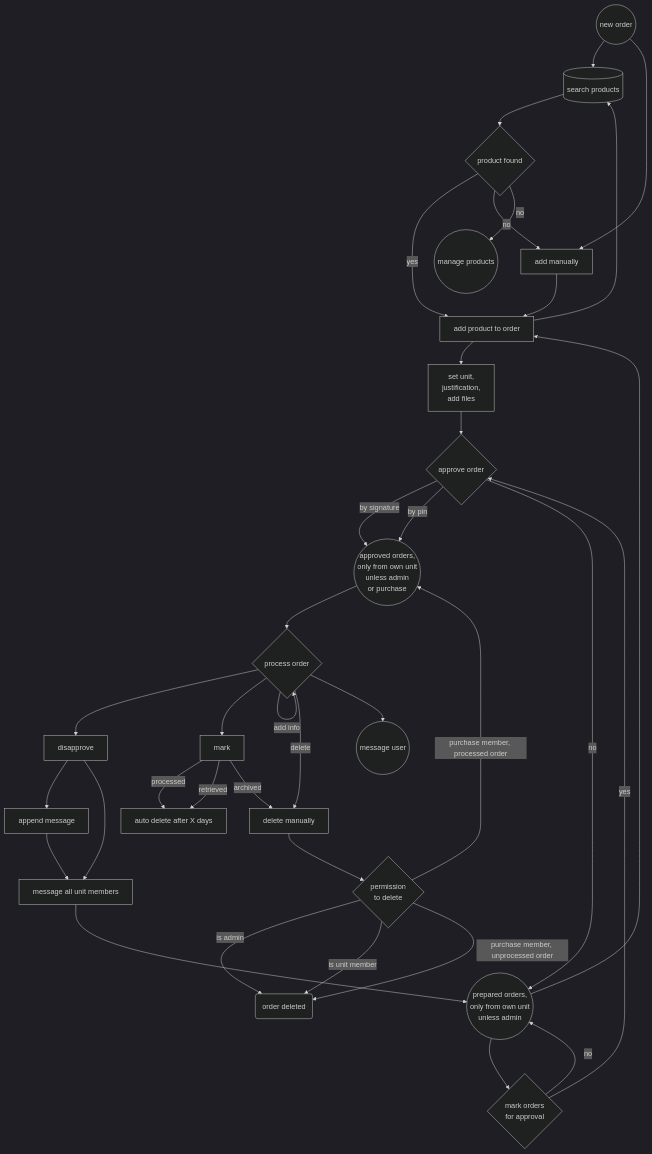
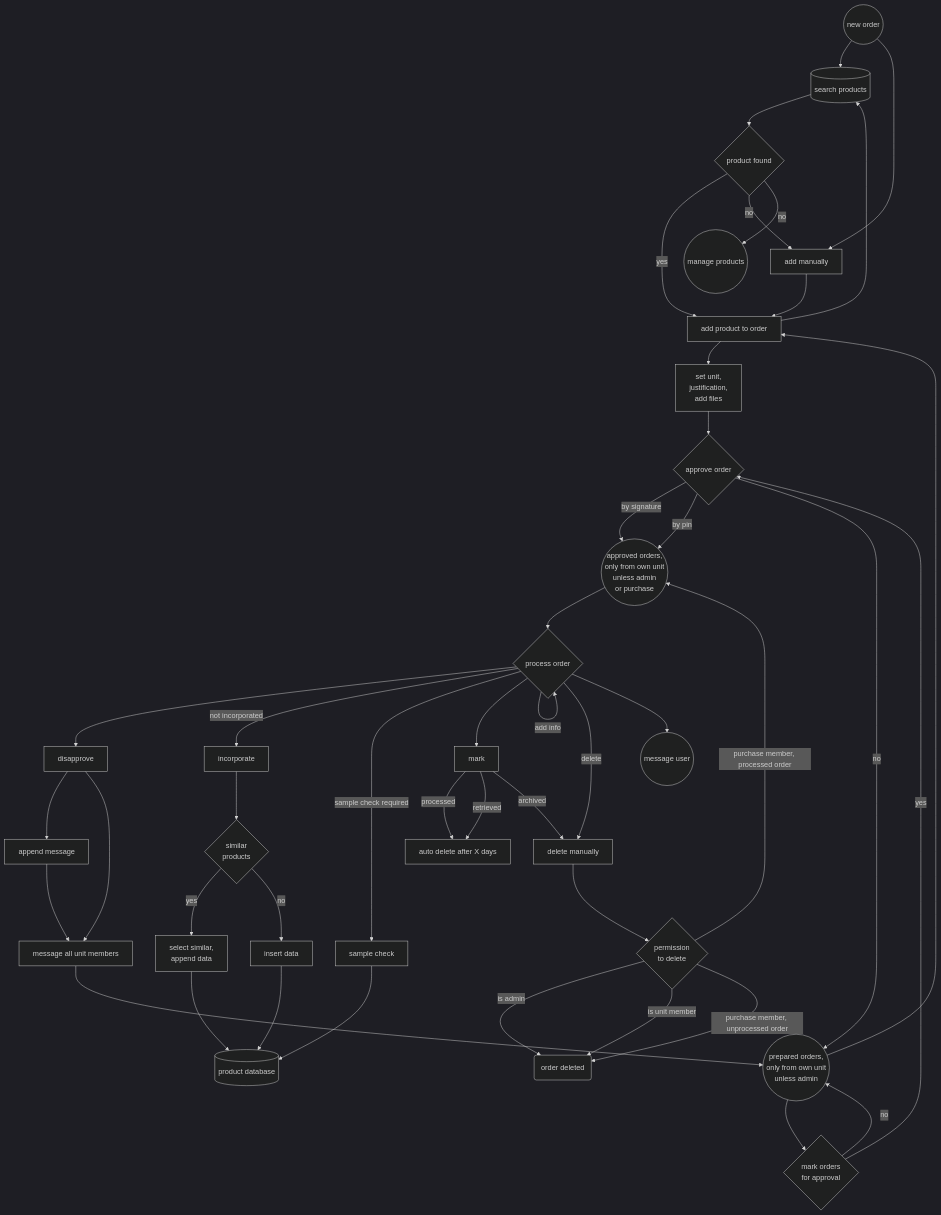
One commit to erroronline1/caro changed the second of 6 diagrams in flowcharts.md. Above: the diagram before and after it, drawn with Mermaid (dark theme). The commit also changed other lines of this file and 1 other file, not shown here.

````diff
--- a/flowcharts.md
+++ b/flowcharts.md
@@ -54,50 +63,63 @@
 ```mermaid
 graph TD;
     new_order((new order))-->search_products[(search products)];
     search_products-->product_found{product found};
     product_found-->|yes|add_product[add product to order];
     new_order-->add_manually[add manually];
     product_found-->|no|add_manually;
     product_found-->|no|manage_products((manage products));
     add_manually-->add_product;
     add_product-->search_products;
     add_product-->add_info["set unit,
     justification,
     add files"];
     add_info-->approve_order{approve order};
     approve_order-->|by signature|approved_orders(("approved orders,
     only from own unit
     unless admin
     or purchase"));
     approve_order-->|by pin|approved_orders;
     approve_order-->|no|prepared_orders(("prepared orders,
     only from own unit
     unless admin"));
 
     approved_orders-->process_order{process order};
     process_order-->disapprove[disapprove];
     disapprove-->append_message[append message];
     append_message-->message_unit[message all unit members];
     disapprove-->message_unit;
-    message_unit-->prepared_orders
+    message_unit-->prepared_orders;
+
+    process_order-->|not incorporated|incorporate;
+    incorporate-->incorporate_similar{"similar
+    products"};
+    incorporate_similar-->|yes|select_similar["select similar,
+    append data"];
+    select_similar-->productdb[(product database)]
+    incorporate_similar-->|no|insert_data[insert data];
+    insert_data-->productdb[(product database)]
+
+    process_order-->|sample check required|sample_check[sample check];
+    sample_check-->productdb[(product database)]
+
     process_order-->mark[mark];
     mark-->|processed|auto_delete[auto delete after X days];
     mark-->|retrieved|auto_delete;
     mark-->|archived|delete[delete manually];
     process_order-->|delete|delete;
     delete-->delete_permission{"permission
     to delete"};
     delete_permission-->|is admin|order_deleted(order deleted);
     delete_permission-->|is unit member|order_deleted;
     delete_permission-->|purchase member, unprocessed order|order_deleted;
     delete_permission-->|purchase member, processed order|approved_orders;
     
     process_order-->|add info|process_order;
     process_order-->message((message user))
 
     prepared_orders-->mark_bulk{"mark orders
     for approval"};
     mark_bulk-->|yes|approve_order;
     mark_bulk-->|no|prepared_orders;
     prepared_orders-->add_product;
 ```
````
